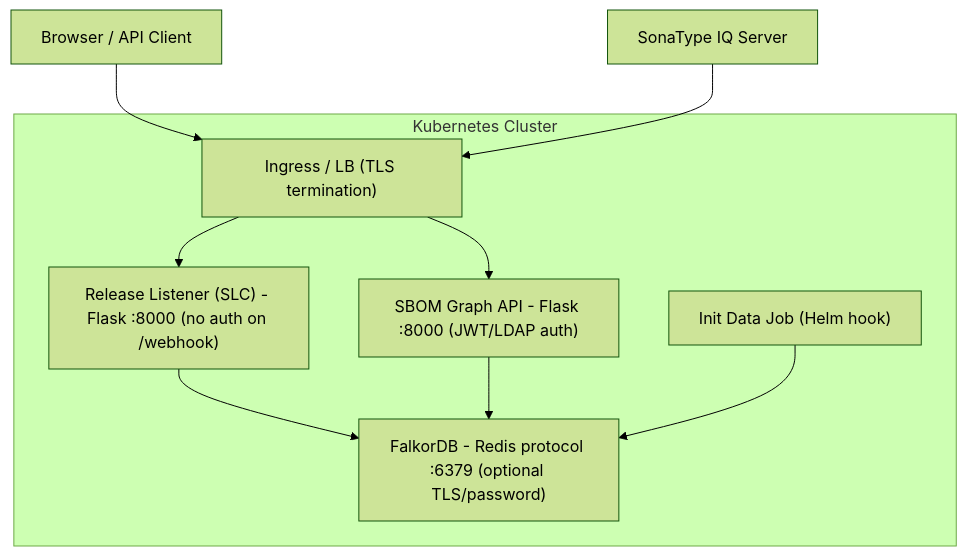
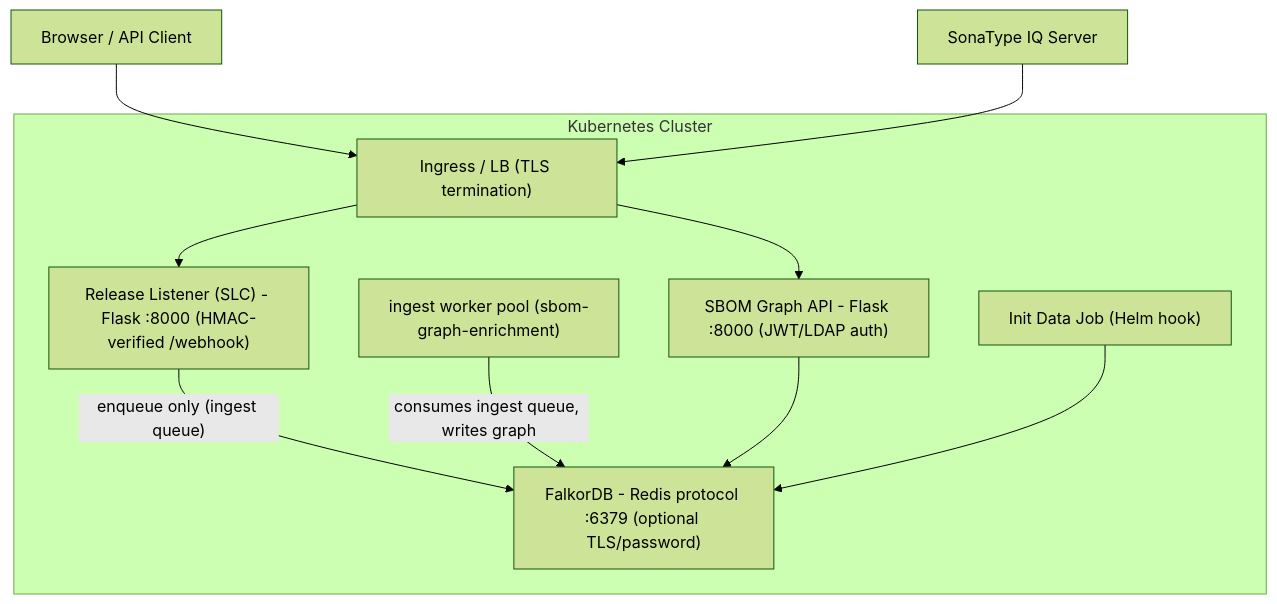
The diagram in threat-model.md (mimecast/sbom-graph), drawn with Mermaid (forest theme) before and after one commit. The commit also changed other lines of this file and 27 other files, not shown here.

First line of the commit message:
Migrate Sonatype listener to async SBOM/VEX ingestion

````diff
--- a/threat-model.md
+++ b/threat-model.md
@@ -22,23 +22,25 @@
 ```mermaid
 flowchart TB
   browser["Browser / API Client"]
   sonatype["SonaType IQ Server"]
 
   subgraph cluster["Kubernetes Cluster"]
     ingress["Ingress / LB (TLS termination)"]
-    listener["Release Listener (SLC) - Flask :8000 (no auth on /webhook)"]
+    listener["Release Listener (SLC) - Flask :8000 (HMAC-verified /webhook)"]
     api["SBOM Graph API - Flask :8000 (JWT/LDAP auth)"]
+    ingestworker["ingest worker pool (sbom-graph-enrichment)"]
     falkordb["FalkorDB - Redis protocol :6379 (optional TLS/password)"]
     initjob["Init Data Job (Helm hook)"]
   end
 
   browser --> ingress
   sonatype --> ingress
 
   ingress --> listener
   ingress --> api
 
-  listener --> falkordb
+  listener -->|"enqueue only (ingest queue)"| falkordb
+  ingestworker -->|"consumes ingest queue, writes graph"| falkordb
   api --> falkordb
   initjob --> falkordb
 ```
````
